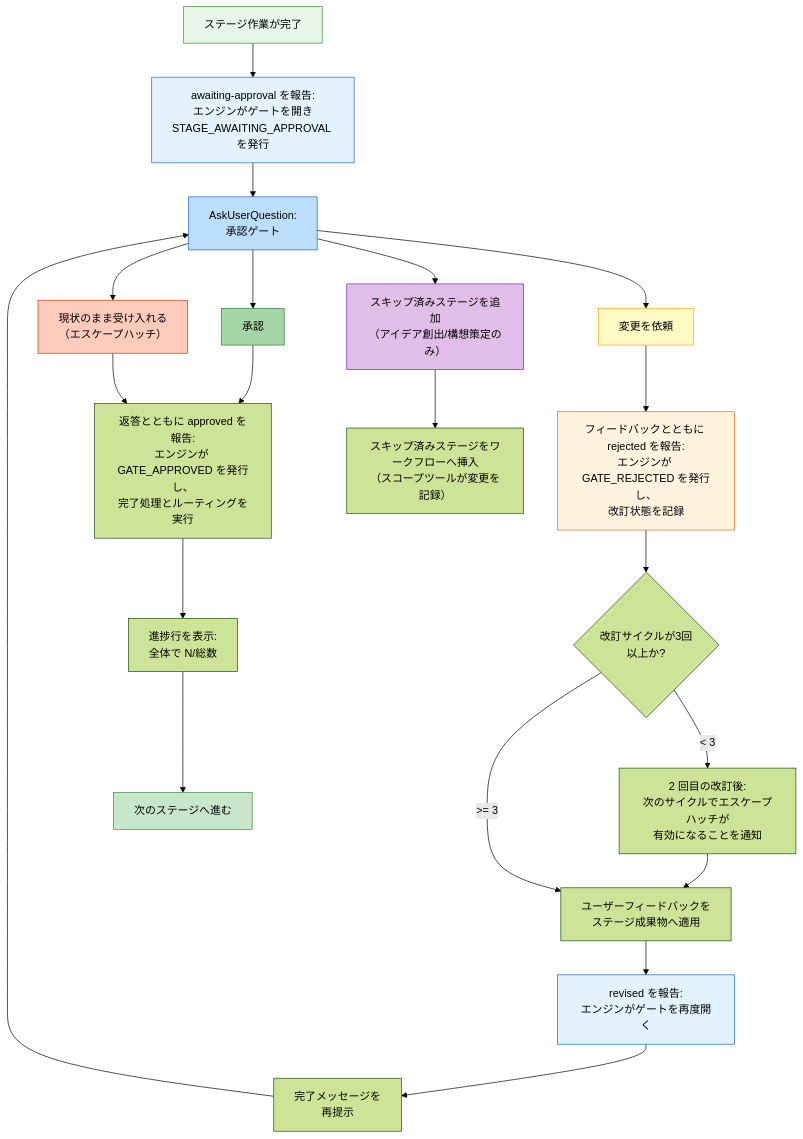
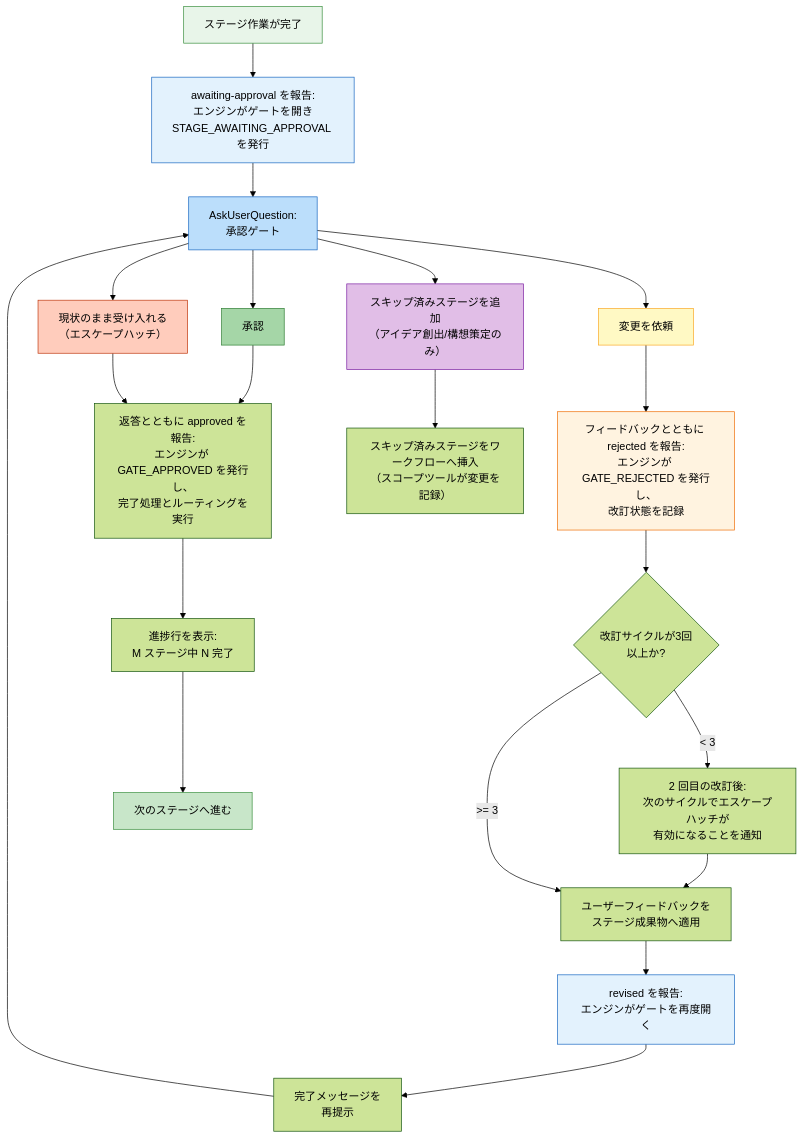
One commit to otomatty/aidlc-guide changed the tenth of 12 diagrams in docs/reference/ja/diagrams.md. Above: the diagram before and after it, drawn with Mermaid (forest theme). The commit also changed other lines of this file and 740 other files, not shown here.

````diff
--- a/docs/reference/ja/diagrams.md
+++ b/docs/reference/ja/diagrams.md
@@ -468,51 +468,51 @@
 ```mermaid
 flowchart TD
     COMPLETE["ステージ作業が完了"]
     REPORT_AWAITING["awaiting-approval を報告:\nエンジンがゲートを開き\nSTAGE_AWAITING_APPROVAL を発行"]
     ASK["AskUserQuestion:\n承認ゲート"]
 
     APPROVE["承認"]
     CHANGES["変更を依頼"]
     ACCEPT["現状のまま受け入れる\n（エスケープハッチ）"]
     ADD_STAGE["スキップ済みステージを追加\n（アイデア創出/構想策定のみ）"]
 
     REVISION_COUNT{"改訂サイクルが3回\n以上か?"}
     NOTE_2ND["2 回目の改訂後:\n次のサイクルでエスケープハッチが\n有効になることを通知"]
 
     REPORT_APPROVED["返答とともに approved を報告:\nエンジンが GATE_APPROVED を発行し、\n完了処理とルーティングを実行"]
     REPORT_REJECTED["フィードバックとともに rejected を報告:\nエンジンが GATE_REJECTED を発行し、\n改訂状態を記録"]
     REPORT_REVISED["revised を報告:\nエンジンがゲートを再度開く"]
-    PROGRESS["進捗行を表示:\n全体で N/総数"]
+    PROGRESS["進捗行を表示:\nM ステージ中 N 完了"]
     NEXT_STAGE["次のステージへ進む"]
 
     REVISE["ユーザーフィードバックを\nステージ成果物へ適用"]
     RE_PRESENT["完了メッセージを\n再提示"]
 
     ADD_EXEC["スキップ済みステージをワークフローへ挿入\n（スコープツールが変更を記録）"]
 
     COMPLETE --> REPORT_AWAITING --> ASK
     ASK --> APPROVE
     ASK --> CHANGES
     ASK --> ACCEPT
     ASK --> ADD_STAGE
 
     APPROVE --> REPORT_APPROVED --> PROGRESS --> NEXT_STAGE
     ACCEPT --> REPORT_APPROVED
 
     CHANGES --> REPORT_REJECTED --> REVISION_COUNT
     REVISION_COUNT -->|"< 3"| NOTE_2ND --> REVISE --> REPORT_REVISED --> RE_PRESENT --> ASK
     REVISION_COUNT -->|">= 3"| REVISE
 
     ADD_STAGE --> ADD_EXEC
 
     style COMPLETE fill:#e8f5e9,stroke:#388e3c,color:#000
     style REPORT_AWAITING fill:#e3f2fd,stroke:#1565c0,color:#000
     style ASK fill:#bbdefb,stroke:#1565c0,color:#000
     style APPROVE fill:#a5d6a7,stroke:#2e7d32,color:#000
     style CHANGES fill:#fff9c4,stroke:#f9a825,color:#000
     style REPORT_REJECTED fill:#fff3e0,stroke:#ef6c00,color:#000
     style REPORT_REVISED fill:#e3f2fd,stroke:#1565c0,color:#000
     style ACCEPT fill:#ffccbc,stroke:#bf360c,color:#000
     style ADD_STAGE fill:#e1bee7,stroke:#7b1fa2,color:#000
     style NEXT_STAGE fill:#c8e6c9,stroke:#388e3c,color:#000
 ```
````
